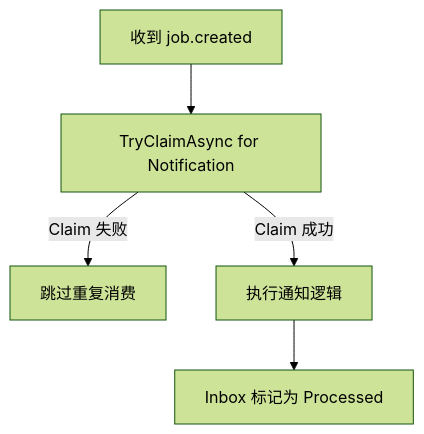
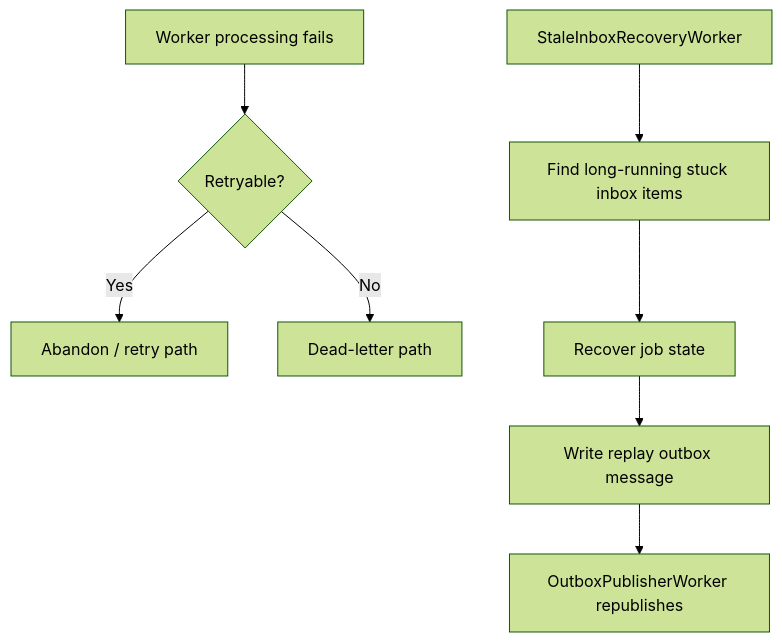
Before and after one commit to haoyucheng369-gif/DocFlowCloud: the third of 4 diagrams in docs/system-flow.md, drawn with Mermaid (forest theme). The commit also changed other lines of this file and 7 other files, not shown here.

Commit message:
Refine docs, promotion flow, and homepage demo layout

````diff
--- a/docs/system-flow.md
+++ b/docs/system-flow.md
@@ -67,7 +77,10 @@
 ```mermaid
 flowchart TD
-    A[收到 job.created] --> B[TryClaimAsync for Notification]
-    B -->|Claim 失败| C[跳过重复消费]
-    B -->|Claim 成功| D[执行通知逻辑]
-    D --> E[Inbox 标记为 Processed]
+    A[Worker processing fails] --> B{Retryable?}
+    B -->|Yes| C[Abandon / retry path]
+    B -->|No| D[Dead-letter path]
+    E[StaleInboxRecoveryWorker] --> F[Find long-running stuck inbox items]
+    F --> G[Recover job state]
+    G --> H[Write replay outbox message]
+    H --> I[OutboxPublisherWorker republishes]
 ```
````
